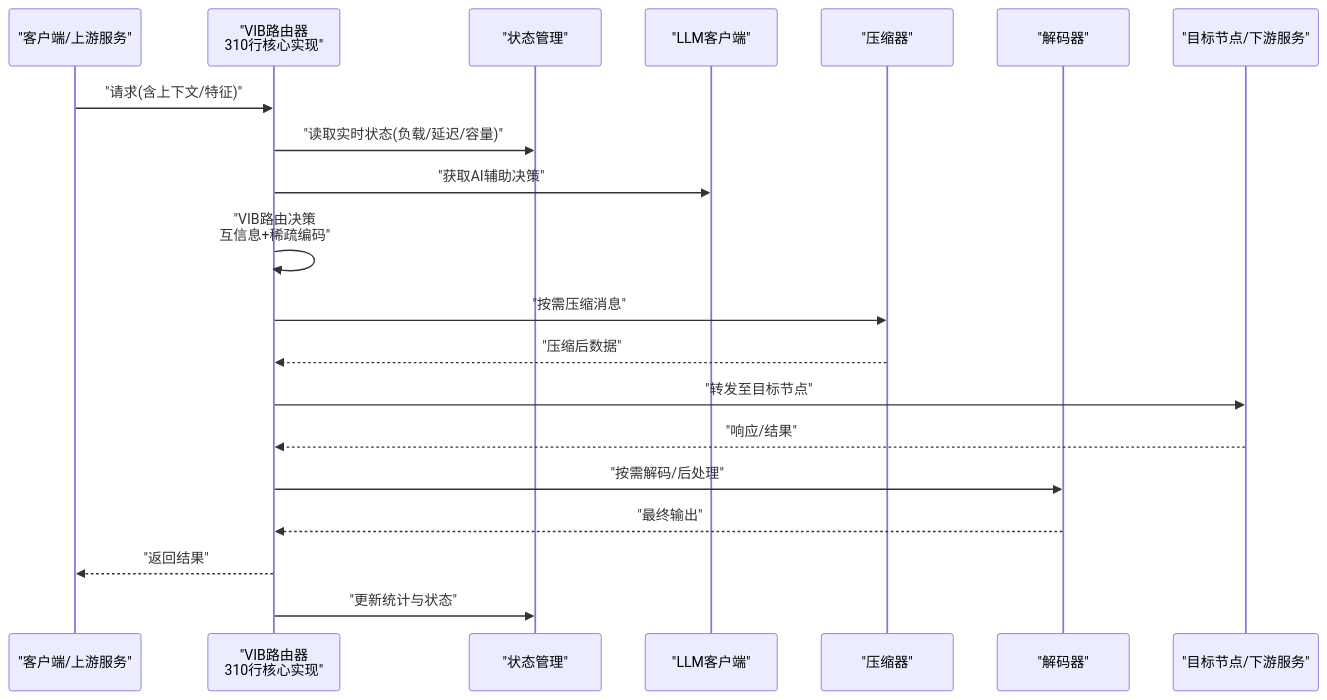
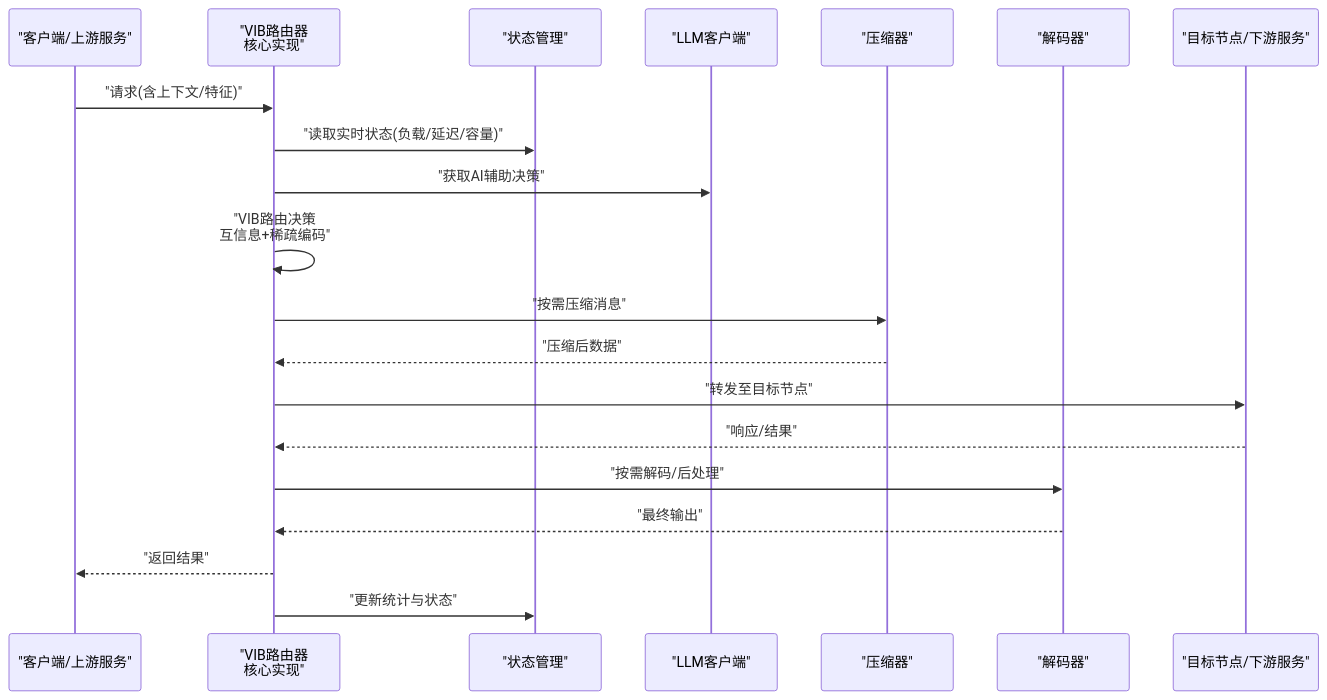
Before and after one commit to QuStarry/VIB-SparseCommunication: the second of 4 diagrams in .qoder/repowiki/zh/content/核心架构/VIB路由器.md, drawn with Mermaid. The commit also changed other lines of this file and 29 other files, not shown here.

````diff
--- a/.qoder/repowiki/zh/content/核心架构/VIB路由器.md
+++ b/.qoder/repowiki/zh/content/核心架构/VIB路由器.md
@@ -95,22 +94,22 @@
 ```mermaid
 sequenceDiagram
 participant Client as "客户端/上游服务"
-participant Router as "VIB路由器<br/>310行核心实现"
+participant Router as "VIB路由器<br/>核心实现"
 participant State as "状态管理"
 participant LLM as "LLM客户端"
 participant Compressor as "压缩器"
 participant Decoder as "解码器"
 participant Target as "目标节点/下游服务"
 Client->>Router : "请求(含上下文/特征)"
 Router->>State : "读取实时状态(负载/延迟/容量)"
 Router->>LLM : "获取AI辅助决策"
 Router->>Router : "VIB路由决策<br/>互信息+稀疏编码"
 Router->>Compressor : "按需压缩消息"
 Compressor-->>Router : "压缩后数据"
 Router->>Target : "转发至目标节点"
 Target-->>Router : "响应/结果"
 Router->>Decoder : "按需解码/后处理"
 Decoder-->>Router : "最终输出"
 Router-->>Client : "返回结果"
 Router->>State : "更新统计与状态"
 ```
````
